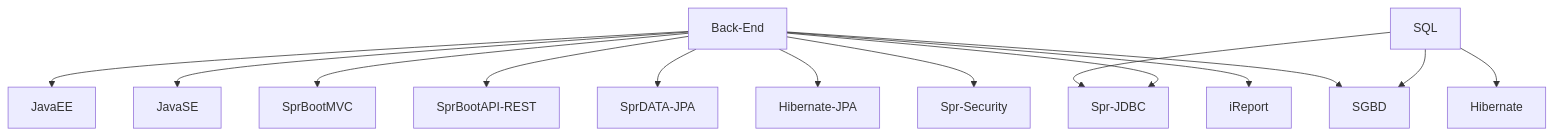
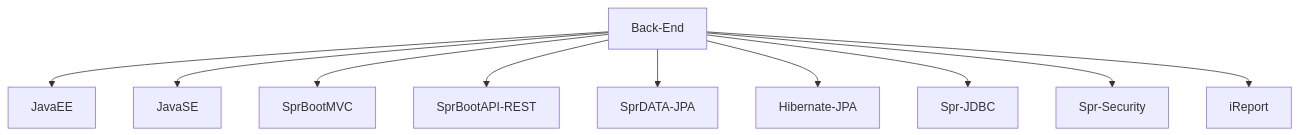
One commit to Maxnegrao33/Maxnegrao33 changed the second of 2 diagrams in README.md. Above: the diagram before and after it, drawn with Mermaid. The commit also changed other lines of this file, not shown here.

````diff
--- a/README.md
+++ b/README.md
@@ -136,16 +136,13 @@
 ```mermaid
 graph TD;
     Back-End-->JavaEE;
     Back-End-->JavaSE;
     Back-End-->SprBootMVC;
     Back-End-->SprBootAPI-REST;
     Back-End-->SprDATA-JPA;
     Back-End-->Hibernate-JPA;
     Back-End-->Spr-JDBC;
     Back-End-->Spr-Security;
     Back-End-->iReport;
-    SQL-->Spr-JDBC;
-    SQL-->Hibernate;
-    SQL-->SGBD;
-    Back-End-->SGBD;   
+      
    ```
````
